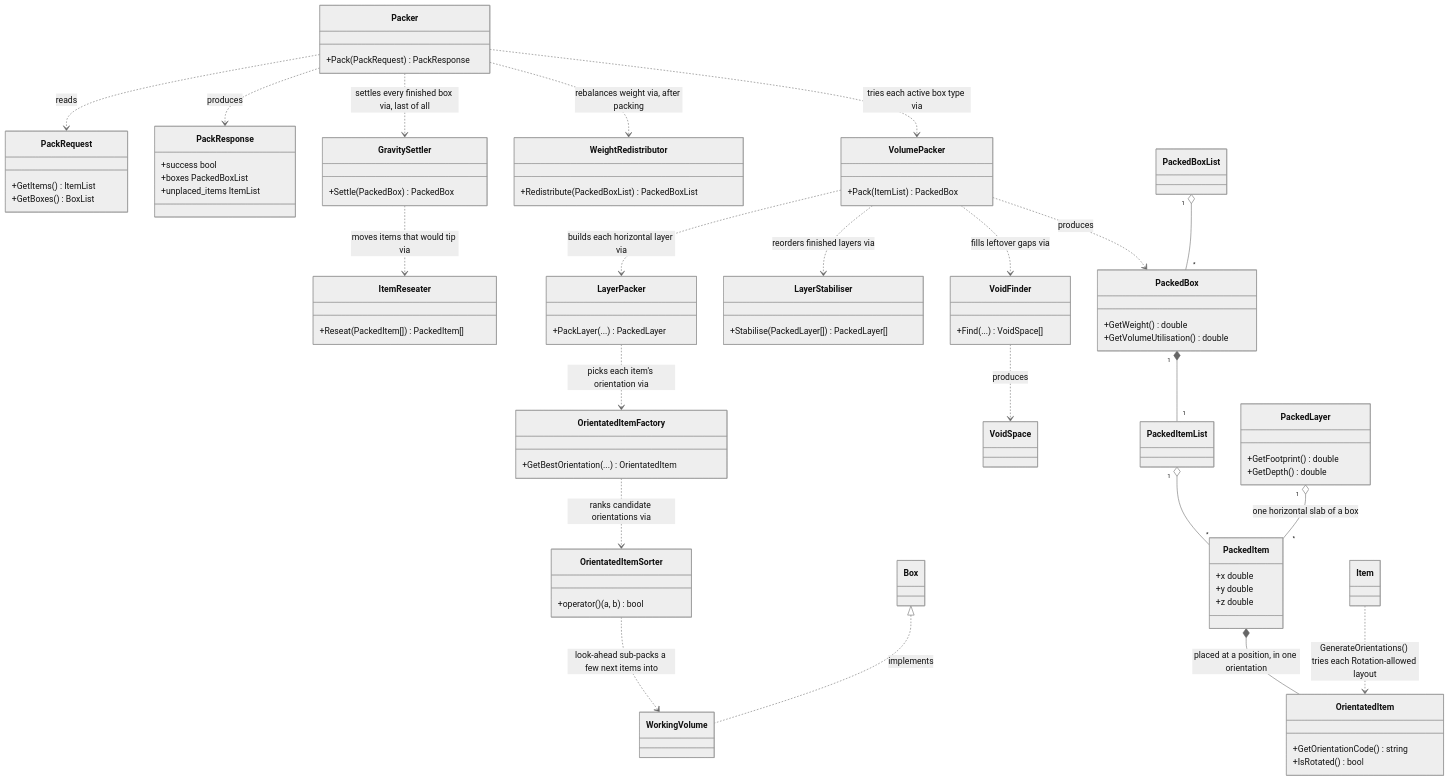
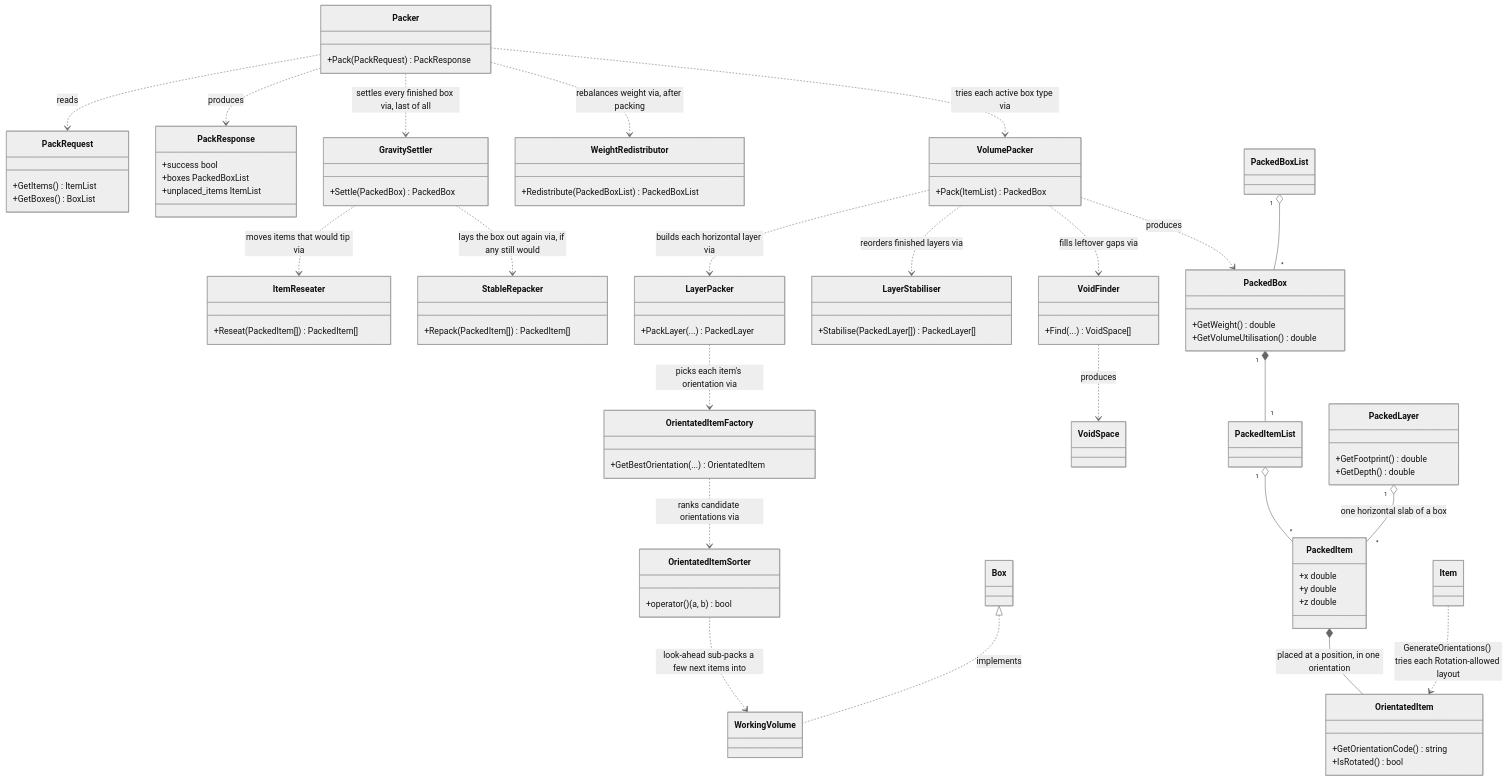
The third of 4 diagrams in README.md (FantasticDivision/Solver), drawn with Mermaid (neutral theme) before and after one commit. The commit also changed other lines of this file and 10 other files, not shown here.

```diff
--- a/README.md
+++ b/README.md
@@ -265,10 +266,14 @@
     class ItemReseater {
         +Reseat(PackedItem[]) PackedItem[]
     }
+    class StableRepacker {
+        +Repack(PackedItem[]) PackedItem[]
+    }
     Packer ..> VolumePacker : tries each active box type via
     Packer ..> WeightRedistributor : rebalances weight via, after packing
     Packer ..> GravitySettler : settles every finished box via, last of all
     GravitySettler ..> ItemReseater : moves items that would tip via
+    GravitySettler ..> StableRepacker : lays the box out again via, if any still would
 
     class LayerPacker {
         +PackLayer(...) PackedLayer
```
